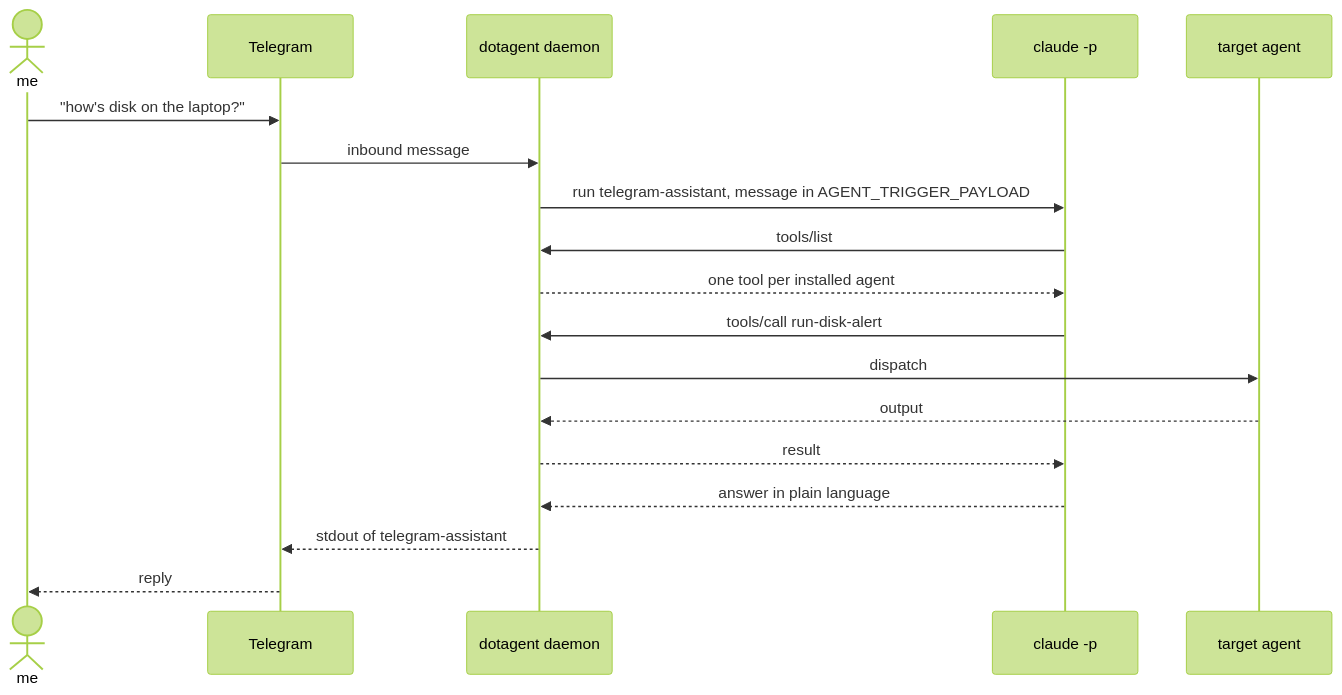
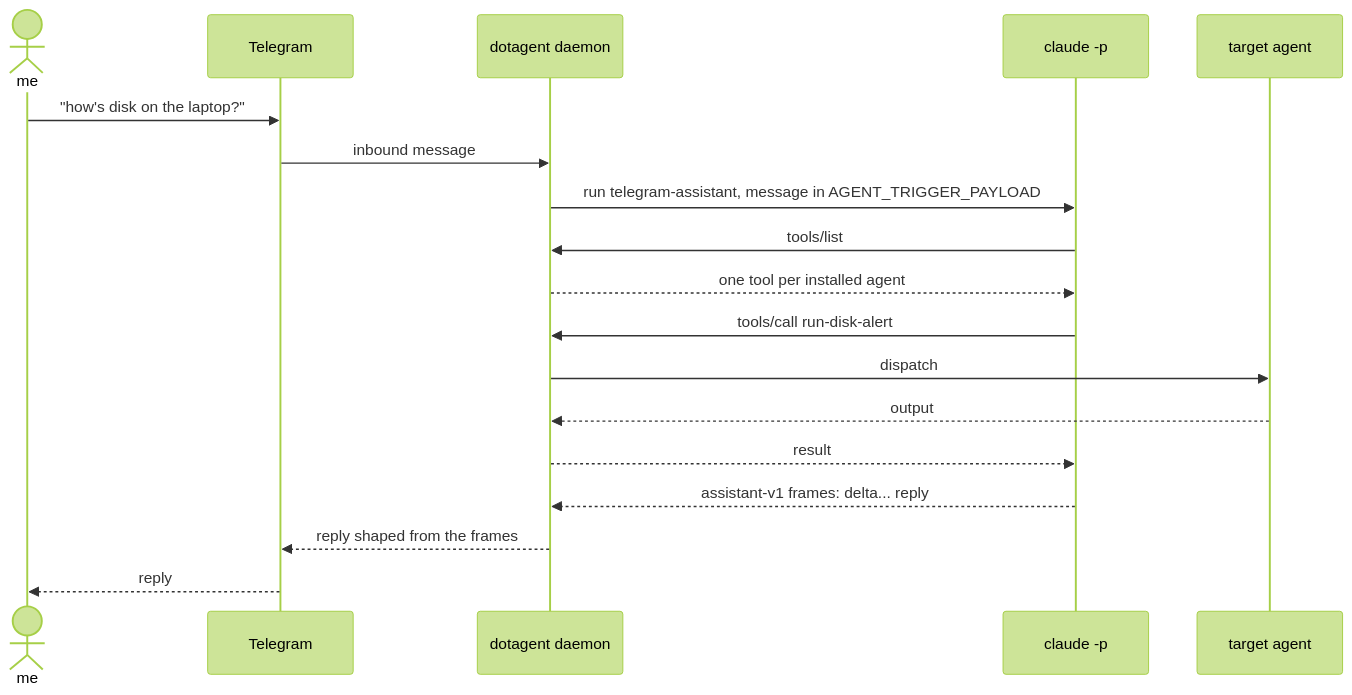
Before and after one commit to avelino/dotagent: the diagram in examples/telegram-assistant/README.md, drawn with Mermaid (forest theme). The commit also changed other lines of this file and 53 other files, not shown here.

````diff
--- a/examples/telegram-assistant/README.md
+++ b/examples/telegram-assistant/README.md
@@ -5,21 +5,21 @@
 ```mermaid
 sequenceDiagram
     actor me as me
     participant tg as Telegram
     participant d as dotagent daemon
     participant llm as claude -p
     participant target as target agent
 
     me->>tg: "how's disk on the laptop?"
     tg->>d: inbound message
     d->>llm: run telegram-assistant, message in AGENT_TRIGGER_PAYLOAD
     llm->>d: tools/list
     d-->>llm: one tool per installed agent
     llm->>d: tools/call run-disk-alert
     d->>target: dispatch
     target-->>d: output
     d-->>llm: result
-    llm-->>d: answer in plain language
-    d-->>tg: stdout of telegram-assistant
+    llm-->>d: assistant-v1 frames: delta... reply
+    d-->>tg: reply shaped from the frames
     tg-->>me: reply
 ```
````
